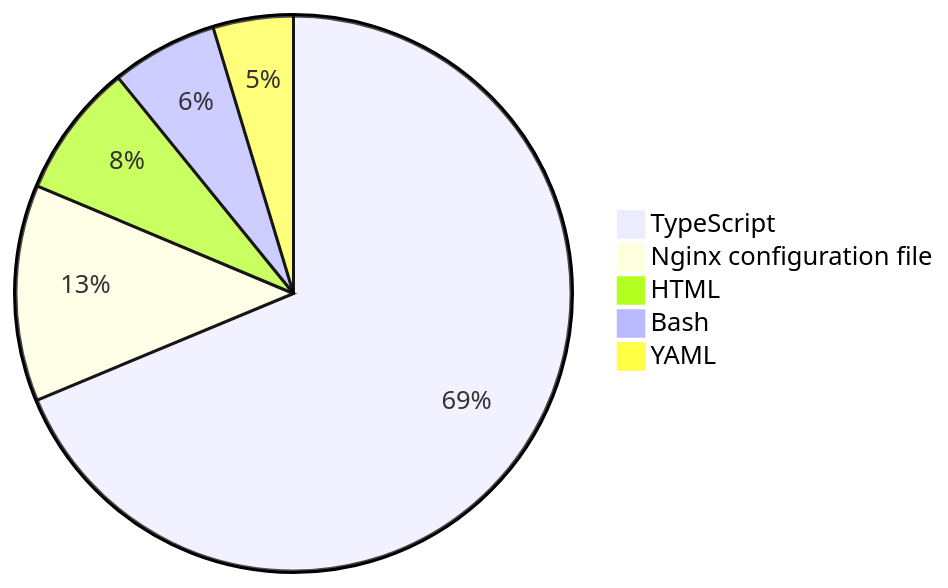
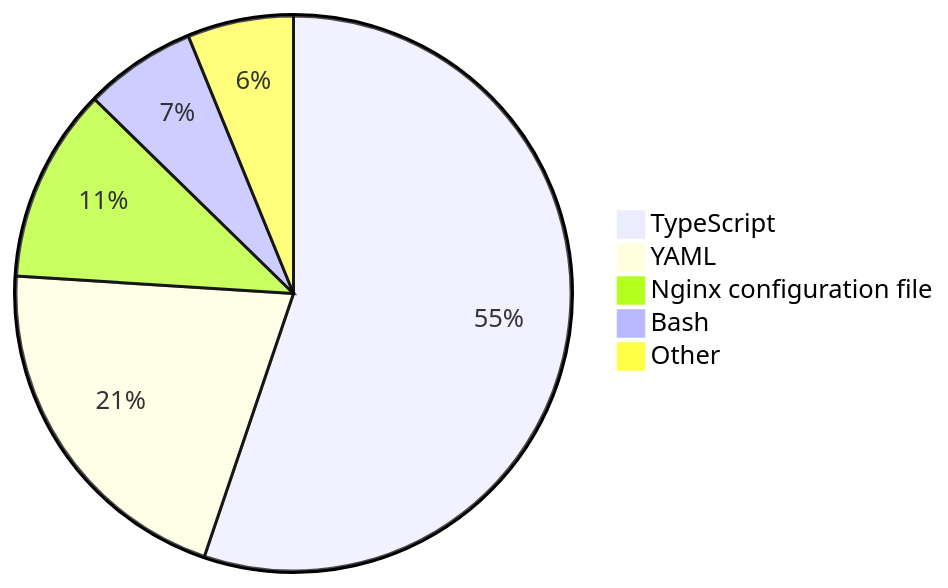
The diagram in README.md (skvggor/skvggor), drawn with Mermaid before and after one commit.

Commit message:
Updated waka-readme graph with new metrics

````diff
--- a/README.md
+++ b/README.md
@@ -28,8 +28,8 @@
 ```mermaid
 pie
-    "TypeScript" : 63.3
-    "Nginx configuration file" : 11.6
-    "HTML" : 7.2
+    "TypeScript" : 48.3
+    "YAML" : 18.2
+    "Nginx configuration file" : 9.9
     "Bash" : 5.7
-    "YAML" : 4.3
+    "Other" : 5.4
 ```
````
